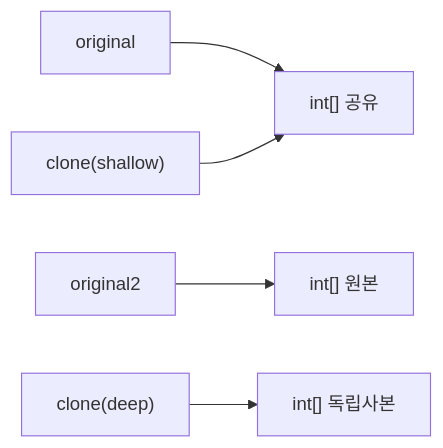
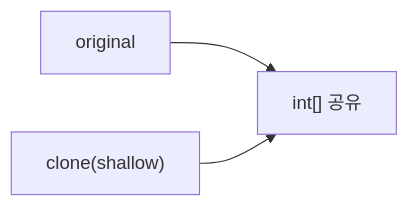
Before and after one commit to yjkim2015/yjkim2015.github.io: the third of 5 diagrams in _posts/java/2026-05-01-java-object-class.md, drawn with Mermaid. The commit also changed other lines of this file and 132 other files, not shown here.

First line of the commit message:
Mermaid 다이어그램 가독성 정리: 단순 제거, 노드 축소, TD→LR 변환

````diff
--- a/_posts/java/2026-05-01-java-object-class.md
+++ b/_posts/java/2026-05-01-java-object-class.md
@@ -387,7 +379,5 @@
 ```mermaid
 graph LR
     O1["original"] --> ARR["int[] 공유"]
     C1["clone(shallow)"] --> ARR
-    O2["original2"] --> ARR2["int[] 원본"]
-    C2["clone(deep)"] --> ARR3["int[] 독립사본"]
 ```
````
